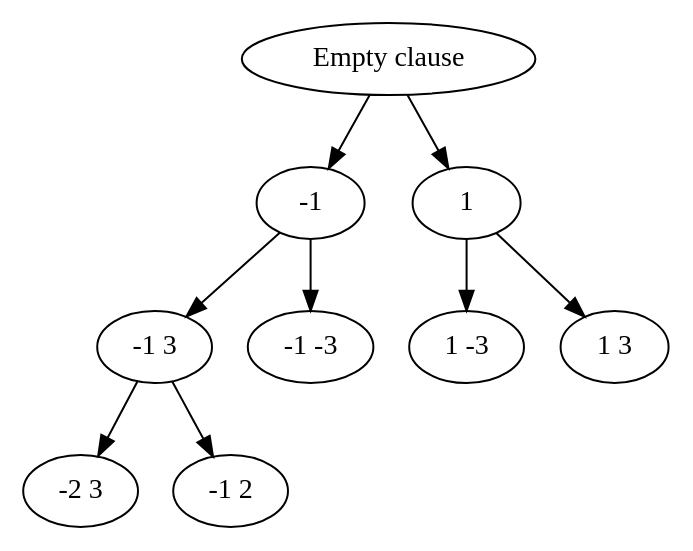
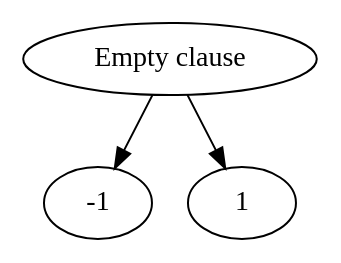
The diagram in src/main/kotlin/somefile.dot (zhitm/SAT-solver), drawn with Graphviz before and after one commit. The commit also changed 5 other files, not shown here.

```diff
--- a/src/main/kotlin/somefile.dot
+++ b/src/main/kotlin/somefile.dot
@@ -1,19 +1,7 @@
 digraph G {
-0 -> 1;
-0 -> 2;
-1 -> 3;
-1 -> 4;
-3 -> 5;
-3 -> 6;
-2 -> 7;
-2 -> 8;
-0 [label="Empty clause"] 
-1 [label="-1"] 
-2 [label="1"] 
-3 [label="-1 3"] 
-4 [label="-1 -3"] 
-5 [label="-2 3"] 
-6 [label="-1 2"] 
-7 [label="1 -3"] 
-8 [label="1 3"] 
+35 -> 36;
+35 -> 37;
+35 [label="Empty clause"] 
+36 [label="-1"] 
+37 [label="1"] 
 }
```
